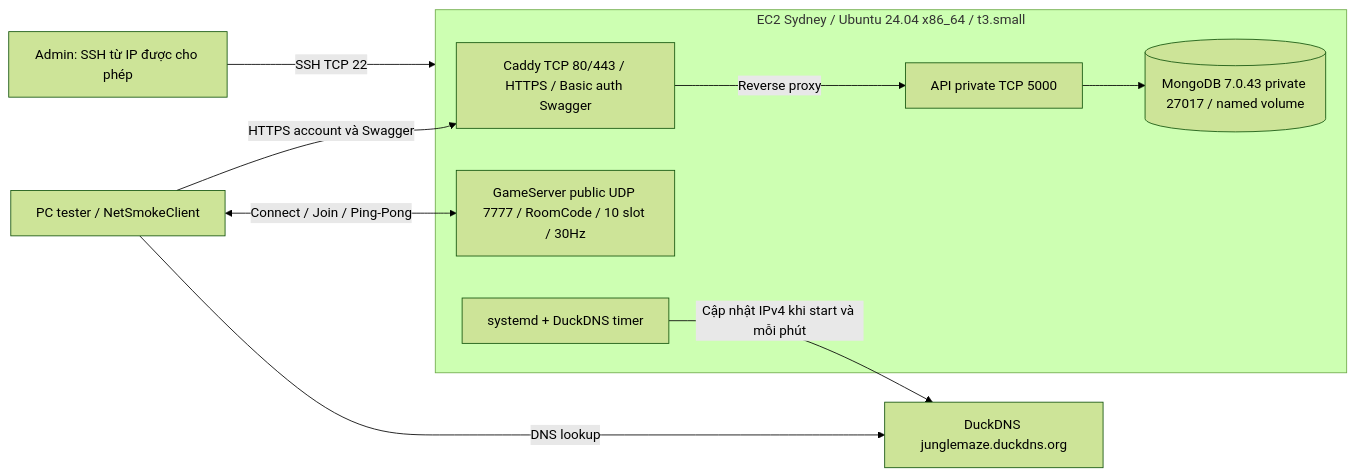
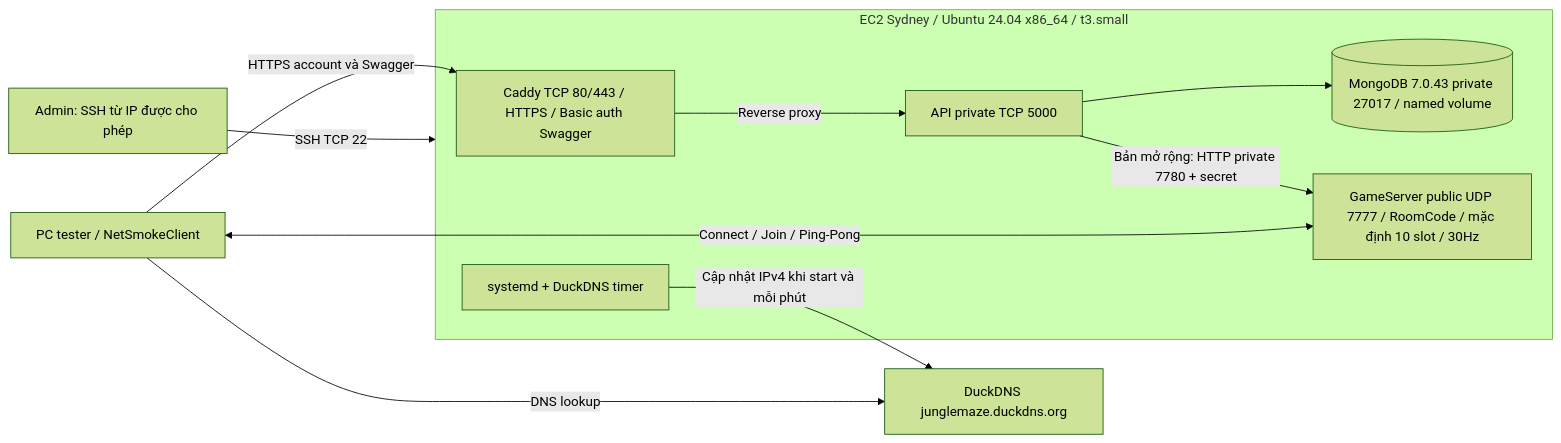
Before and after one commit to Vinhnq19/Jungle_Maze_Survival: the second of 5 diagrams in Docs/Network_Architecture.vi.md, drawn with Mermaid (forest theme). The commit also changed other lines of this file and 41 other files, not shown here.

````diff
--- a/Docs/Network_Architecture.vi.md
+++ b/Docs/Network_Architecture.vi.md
@@ -55,20 +56,21 @@
 ```mermaid
 flowchart LR
     C["PC tester / NetSmokeClient"]
     DNS["DuckDNS junglemaze.duckdns.org"]
     ADM["Admin: SSH từ IP được cho phép"]
     subgraph E["EC2 Sydney / Ubuntu 24.04 x86_64 / t3.small"]
         P["Caddy TCP 80/443 / HTTPS / Basic auth Swagger"]
         A["API private TCP 5000"]
         M[("MongoDB 7.0.43 private 27017 / named volume")]
-        G["GameServer public UDP 7777 / RoomCode / 10 slot / 30Hz"]
+        G["GameServer public UDP 7777 / RoomCode / mặc định 10 slot / 30Hz"]
         S["systemd + DuckDNS timer"]
     end
     C -->|"DNS lookup"| DNS
     C -->|"HTTPS account và Swagger"| P
     P -->|"Reverse proxy"| A
     A --> M
+    A -->|"Bản mở rộng: HTTP private 7780 + secret"| G
     C <-->|"Connect / Join / Ping-Pong"| G
     ADM -->|"SSH TCP 22"| E
     S -->|"Cập nhật IPv4 khi start và mỗi phút"| DNS
 ```
````
